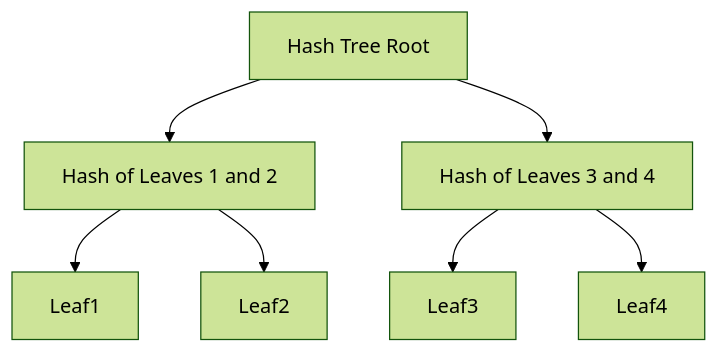
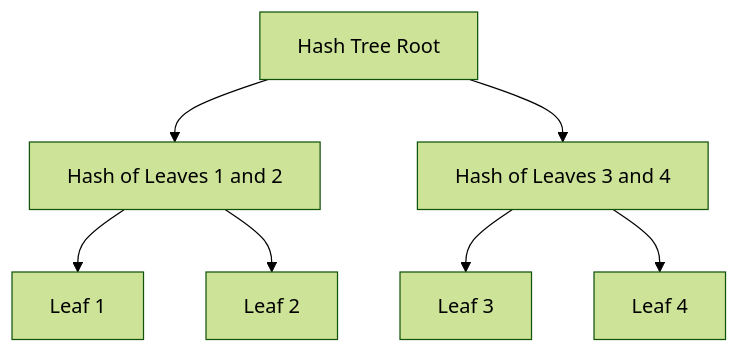
The first of 4 diagrams in docs/wiki/CL/merkleization.md (eth-protocol-fellows/protocol-studies), drawn with Mermaid (forest theme) before and after one commit. The commit also changed other lines of this file, not shown here.

Commit message:
typos fixed

````diff
--- a/docs/wiki/CL/merkleization.md
+++ b/docs/wiki/CL/merkleization.md
@@ -31,17 +31,17 @@
 ```mermaid
 graph TD;
     HTR[Hash Tree Root]
     HL12[Hash of Leaves 1 and 2]
     HL34[Hash of Leaves 3 and 4]
-    L1[Leaf1]
-    L2[Leaf2]
-    L3[Leaf3]
-    L4[Leaf4]
+    L1[Leaf 1]
+    L2[Leaf 2]
+    L3[Leaf 3]
+    L4[Leaf 4]
 
     HTR --> HL12
     HTR --> HL34
     HL12 --> L1
     HL12 --> L2
     HL34 --> L3
     HL34 --> L4
 ```
````
